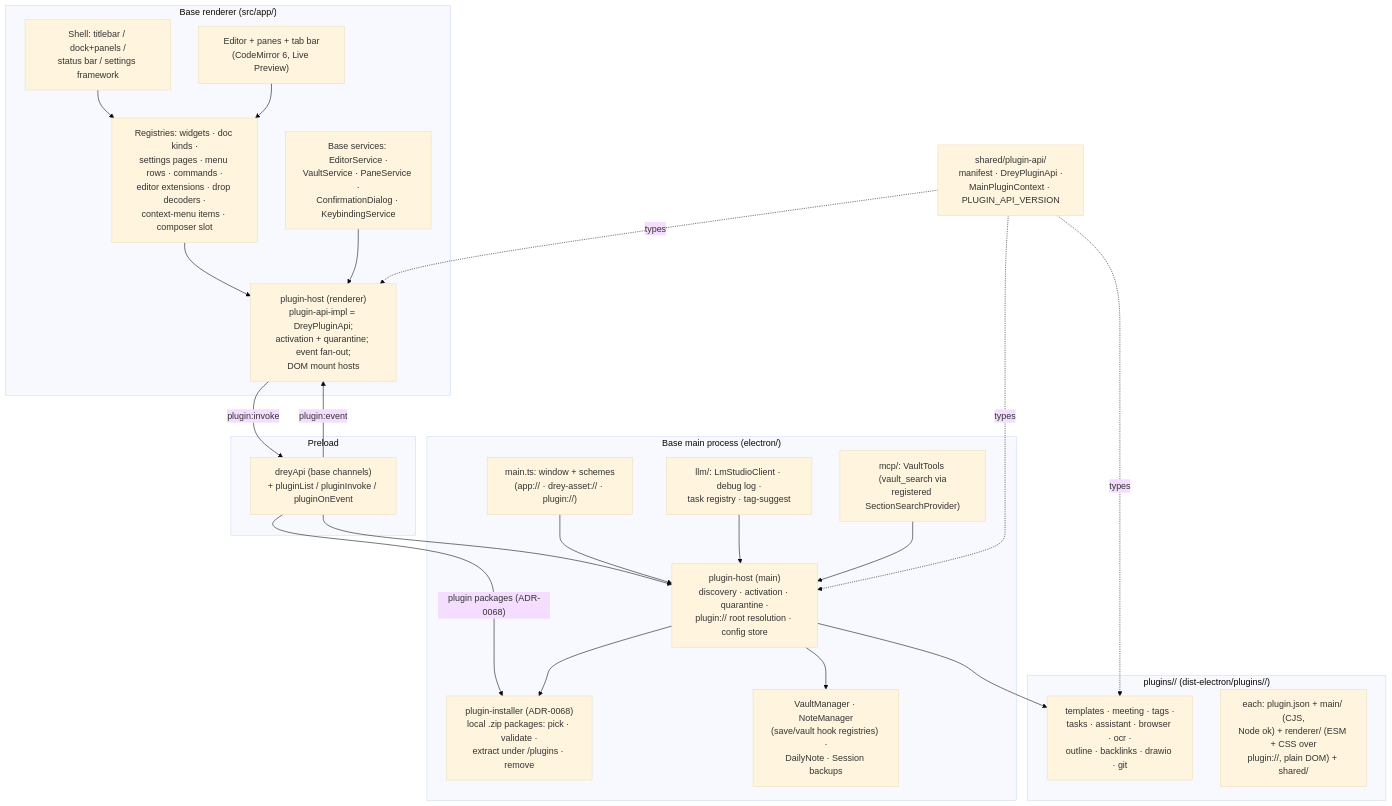
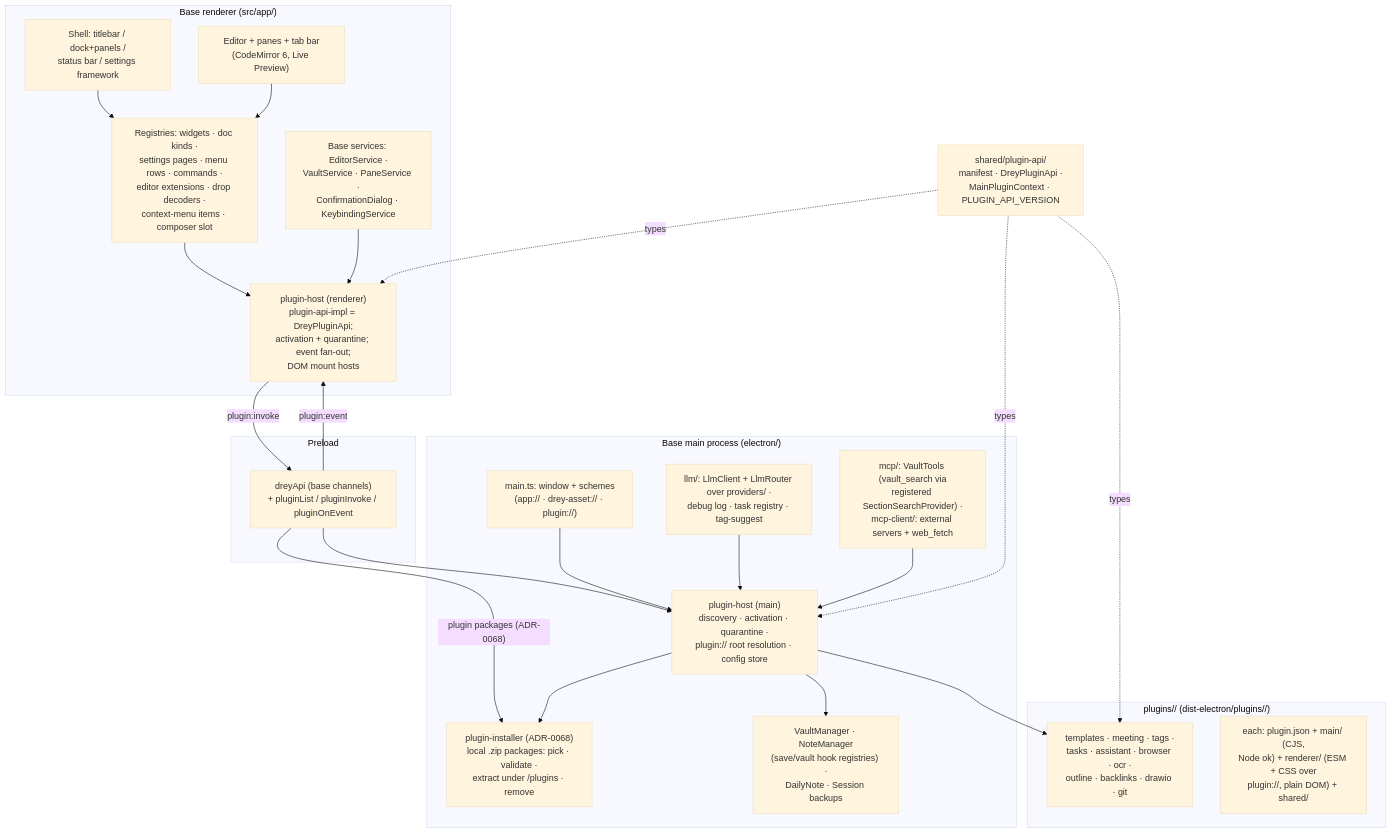
Before and after one commit to HenrikPuls/Drey: the second of 5 diagrams in docs/05_building_block_view.md, drawn with Mermaid (base theme). The commit also changed other lines of this file and 9 other files, not shown here.

First line of the commit message:
docs: architecture review 2026-10-13 — arc42 refresh and cleanup roadmap

````diff
--- a/docs/05_building_block_view.md
+++ b/docs/05_building_block_view.md
@@ -143,44 +261,44 @@
 ```mermaid
 graph TB
     subgraph PR["Base renderer (src/app/)"]
         Shell["Shell: titlebar / dock+panels /<br/>status bar / settings framework"]
         Editor["Editor + panes + tab bar<br/>(CodeMirror 6, Live Preview)"]
         Registries["Registries: widgets · doc kinds ·<br/>settings pages · menu rows · commands ·<br/>editor extensions · drop decoders ·<br/>context-menu items · composer slot"]
         HostR["plugin-host (renderer)<br/>plugin-api-impl = DreyPluginApi;<br/>activation + quarantine; event fan-out;<br/>DOM mount hosts"]
         Services["Base services: EditorService ·<br/>VaultService · PaneService ·<br/>ConfirmationDialog · KeybindingService"]
     end
     subgraph Preload["Preload"]
         Bridge["dreyApi (base channels)<br/>+ pluginList / pluginInvoke / pluginOnEvent"]
     end
     subgraph Main["Base main process (electron/)"]
         MainTs["main.ts: window + schemes<br/>(app:// · drey-asset:// · plugin://)"]
         HostM["plugin-host (main)<br/>discovery · activation · quarantine ·<br/>plugin:// root resolution · config store"]
         Installer["plugin-installer (ADR-0068)<br/>local .zip packages: pick · validate ·<br/>extract under <userData>/plugins · remove"]
         IO["VaultManager · NoteManager<br/>(save/vault hook registries) ·<br/>DailyNote · Session backups"]
-        LLM["llm/: LmStudioClient · debug log ·<br/>task registry · tag-suggest"]
-        MCP["mcp/: VaultTools (vault_search via<br/>registered SectionSearchProvider)"]
+        LLM["llm/: LlmClient + LlmRouter over providers/ ·<br/>debug log · task registry · tag-suggest"]
+        MCP["mcp/: VaultTools (vault_search via<br/>registered SectionSearchProvider) ·<br/>mcp-client/: external servers + web_fetch"]
     end
     subgraph Plugins["plugins/<id>/  (dist-electron/plugins/<id>/)"]
         P1["templates · meeting · tags ·<br/>tasks · assistant · browser · ocr ·<br/>outline · backlinks · drawio · git"]
         P2["each: plugin.json + main/ (CJS,<br/>Node ok) + renderer/ (ESM + CSS over<br/>plugin://, plain DOM) + shared/"]
     end
     SDK["shared/plugin-api/<br/>manifest · DreyPluginApi ·<br/>MainPluginContext · PLUGIN_API_VERSION"]
 
     Shell --> Registries
     Registries --> HostR
     Editor --> Registries
     HostR -->|"plugin:invoke"| Bridge
     Bridge -->|"plugin:event"| HostR
     Bridge --> HostM
     Bridge -->|"plugin packages (ADR-0068)"| Installer
     HostM --> P1
     MainTs --> HostM
     HostM --> IO
     HostM --> Installer
     Services --> HostR
     LLM --> HostM
     MCP --> HostM
     SDK -.->|types| HostR
     SDK -.->|types| HostM
     SDK -.->|types| P1
 ```
````
